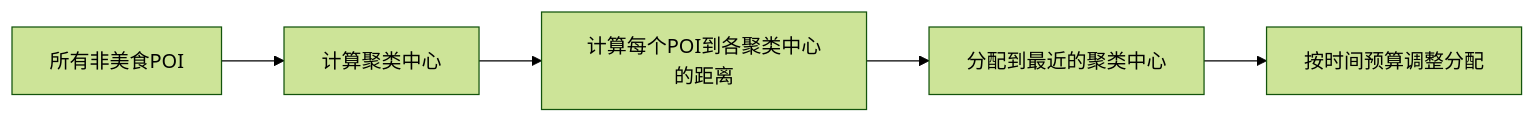
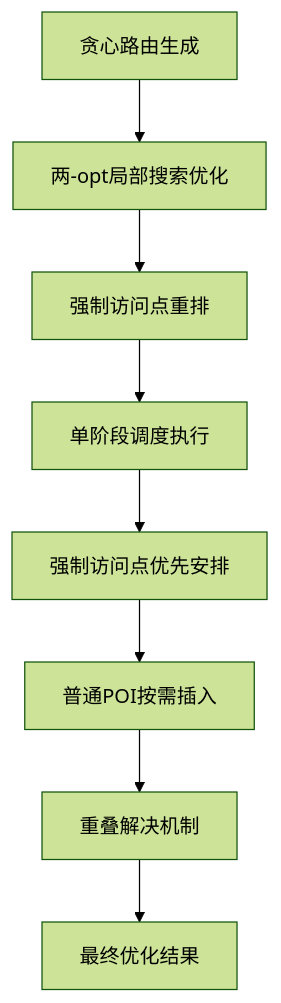
Before and after one commit to ititjjy/AITrip-plan: the ninth of 27 diagrams in .qoder/repowiki/zh/content/项目概述/核心功能特性/智能旅行规划引擎.md, drawn with Mermaid (forest theme). The commit also changed other lines of this file and 144 other files, not shown here.

````diff
--- a/.qoder/repowiki/zh/content/项目概述/核心功能特性/智能旅行规划引擎.md
+++ b/.qoder/repowiki/zh/content/项目概述/核心功能特性/智能旅行规划引擎.md
@@ -270,7 +371,10 @@
 ```mermaid
-flowchart LR
-A[所有非美食POI] --> B[计算聚类中心]
-B --> C[计算每个POI到各聚类中心的距离]
-C --> D[分配到最近的聚类中心]
-D --> E[按时间预算调整分配]
+flowchart TD
+A[贪心路由生成] --> B[两-opt局部搜索优化]
+B --> C[强制访问点重排]
+C --> D[单阶段调度执行]
+D --> E[强制访问点优先安排]
+E --> F[普通POI按需插入]
+F --> G[重叠解决机制]
+G --> H[最终优化结果]
 ```
````
